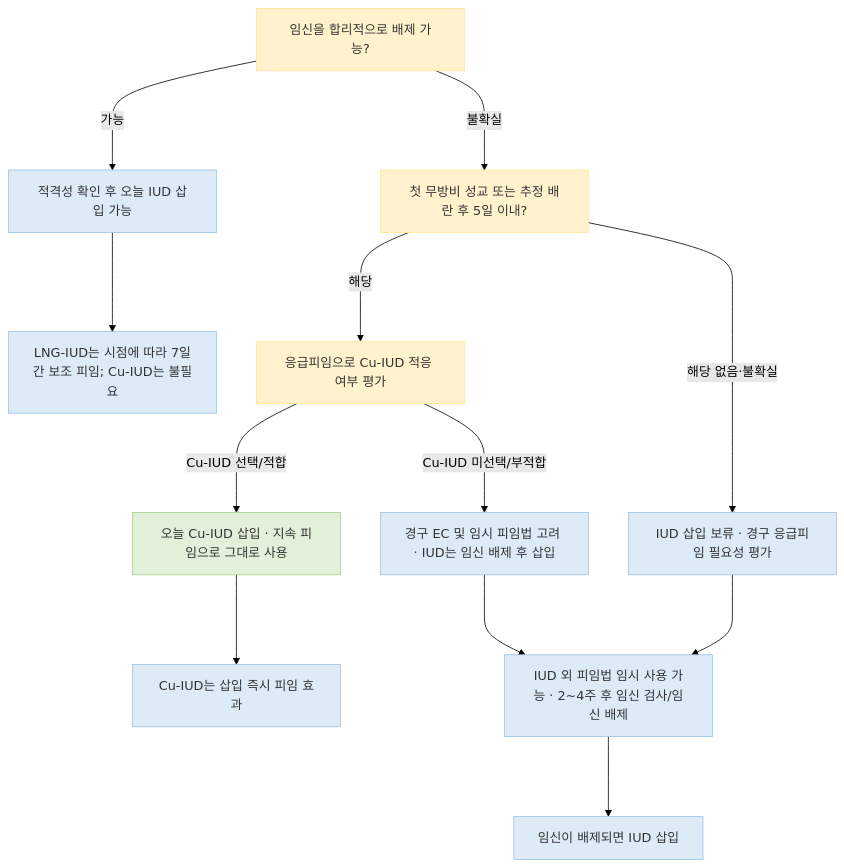
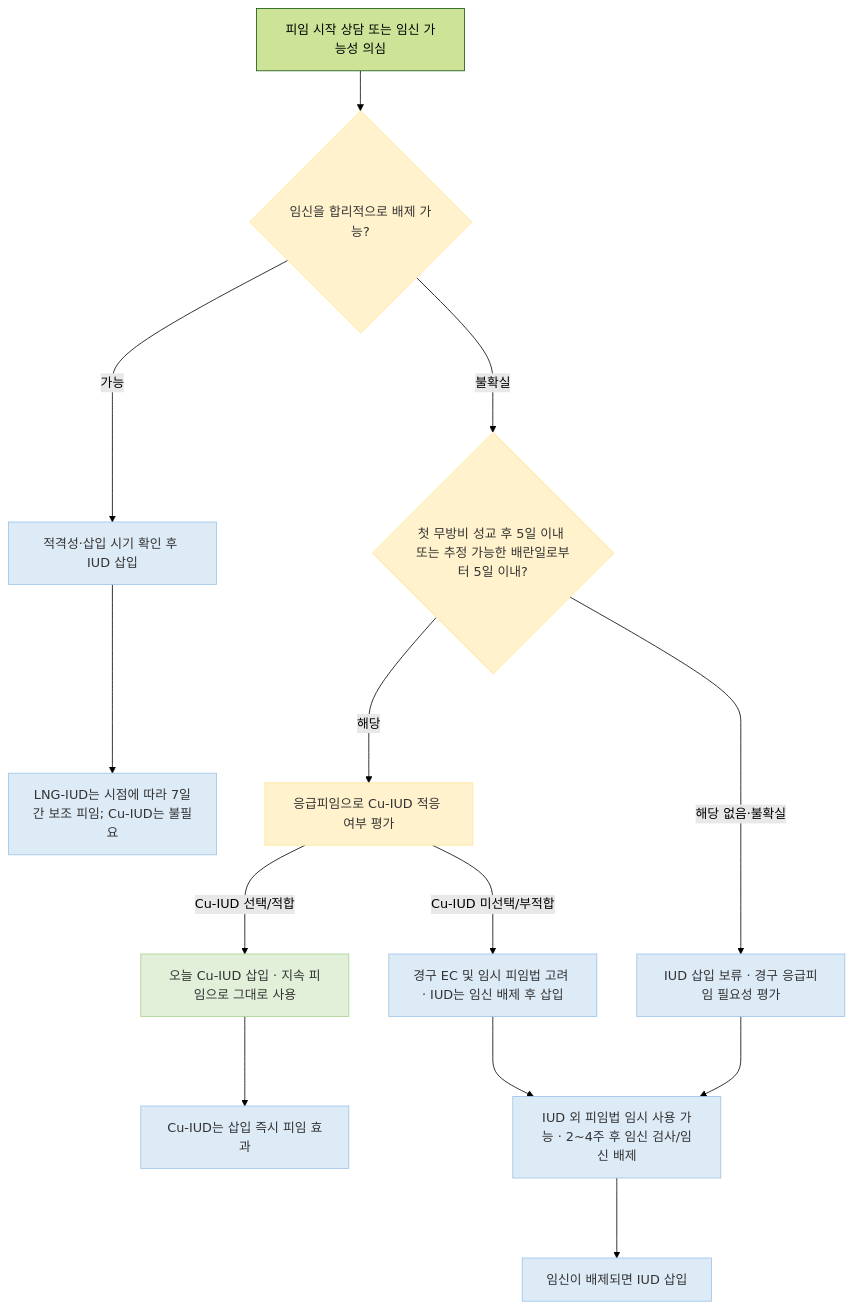
The second of 2 diagrams in 227_/131_-contraception.md (familyoh77/familyoh77), drawn with Mermaid (forest theme) before and after one commit. The commit also changed other lines of this file and 5 other files, not shown here.

````diff
--- a/227_/131_-contraception.md
+++ b/227_/131_-contraception.md
@@ -233,28 +255,29 @@
 ```mermaid
 flowchart TD
-    A["임신을 합리적으로 배제 가능?"]
+    S["피임 시작 상담 또는 임신 가능성 의심"]
+    S --> A{"임신을 합리적으로 배제 가능?"}
 
-    A -- "가능" ---> B["적격성 확인 후 오늘 IUD 삽입 가능"]
-    A -- "불확실" ---> C["첫 무방비 성교 또는 추정 배란 후 5일 이내?"]
+    A -- "가능" ---> B["적격성·삽입 시기 확인 후 IUD 삽입"]
+    A -- "불확실" ---> C{"첫 무방비 성교 후 5일 이내 또는 추정 가능한 배란일로부터 5일 이내?"}
 
     C -- "해당" ---> D["응급피임으로 Cu-IUD 적응 여부 평가"]
     C -- "해당 없음·불확실" ---> E["IUD 삽입 보류 · 경구 응급피임 필요성 평가"]
 
     D -- "Cu-IUD 선택/적합" ---> F["오늘 Cu-IUD 삽입 · 지속 피임으로 그대로 사용"]
     D -- "Cu-IUD 미선택/부적합" ---> G["경구 EC 및 임시 피임법 고려 · IUD는 임신 배제 후 삽입"]
 
     E ---> H["IUD 외 피임법 임시 사용 가능 · 2~4주 후 임신 검사/임신 배제"]
     G ---> H
     H ---> I["임신이 배제되면 IUD 삽입"]
 
     B ---> J["LNG-IUD는 시점에 따라 7일간 보조 피임; Cu-IUD는 불필요"]
     F ---> K["Cu-IUD는 삽입 즉시 피임 효과"]
 
     classDef yellow fill:#FFF2CC,stroke:#FFE699,color:#333
     classDef green fill:#E2F0D9,stroke:#A9D08E,color:#333
     classDef blue fill:#DDEBF7,stroke:#9BC2E6,color:#333
 
     class A,C,D yellow
     class F green
     class B,E,G,H,I,J,K blue
 ```
````
